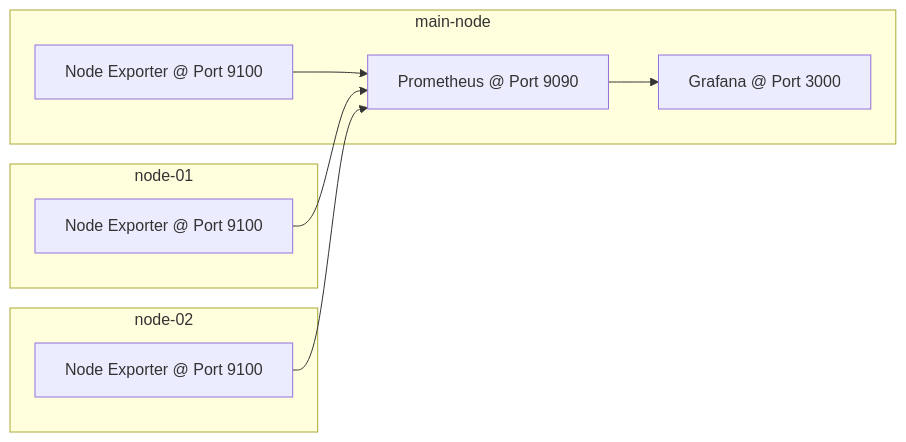
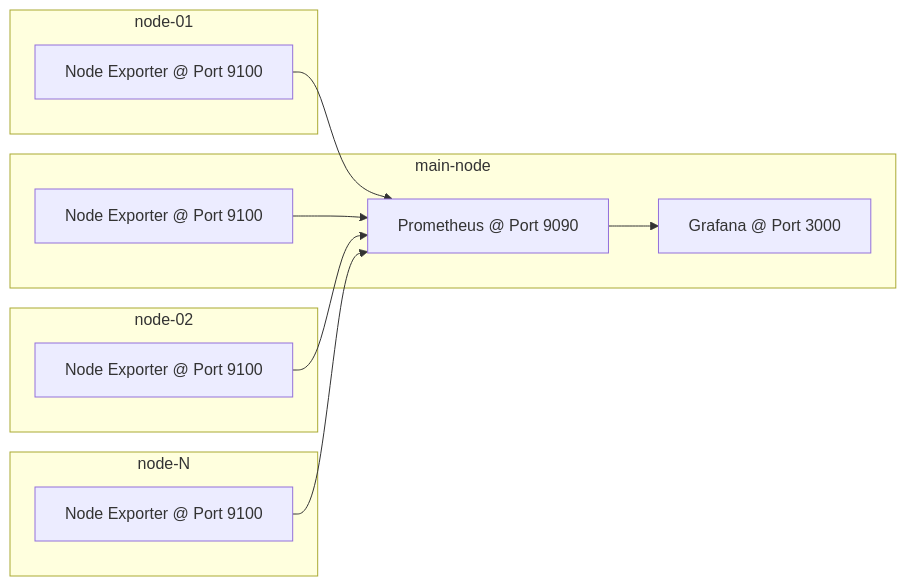
The diagram in grafana/README.md (314arhaam/ansible4data), drawn with Mermaid before and after one commit. The commit also changed other lines of this file, not shown here.

````diff
--- a/grafana/README.md
+++ b/grafana/README.md
@@ -4,22 +7,27 @@
 ```mermaid
 flowchart LR
 
 subgraph main-node
 node_exporter[Node Exporter @ Port 9100]
 prometheus[Prometheus @ Port 9090]
 grafana[Grafana @ Port 3000]
 end
 
 subgraph node-01
 node_exporter1[Node Exporter @ Port 9100]
 end
 
 subgraph node-02
 node_exporter2[Node Exporter @ Port 9100]
 end
 
+subgraph node-N
+node_exportern[Node Exporter @ Port 9100]
+end
+
 node_exporter-->prometheus
 node_exporter1-->prometheus
 node_exporter2-->prometheus
+node_exportern-->prometheus
 prometheus-->grafana
 ```
````
